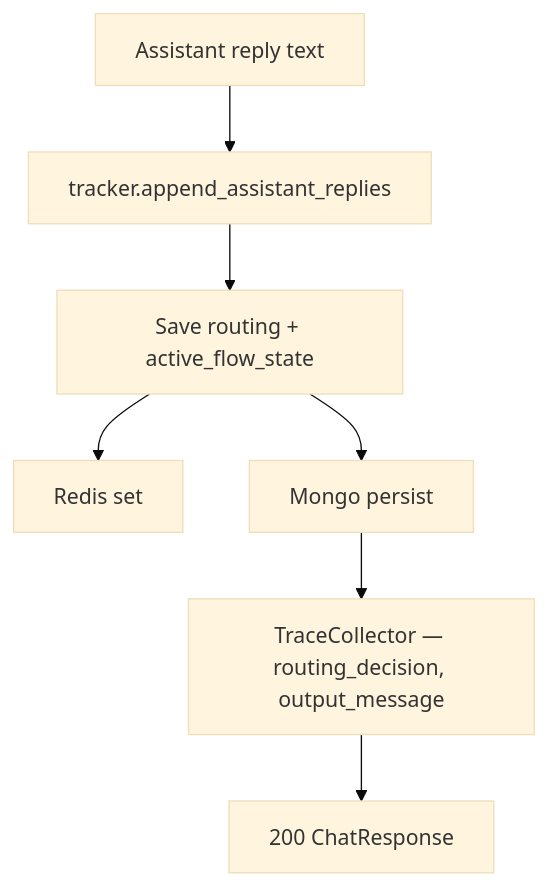
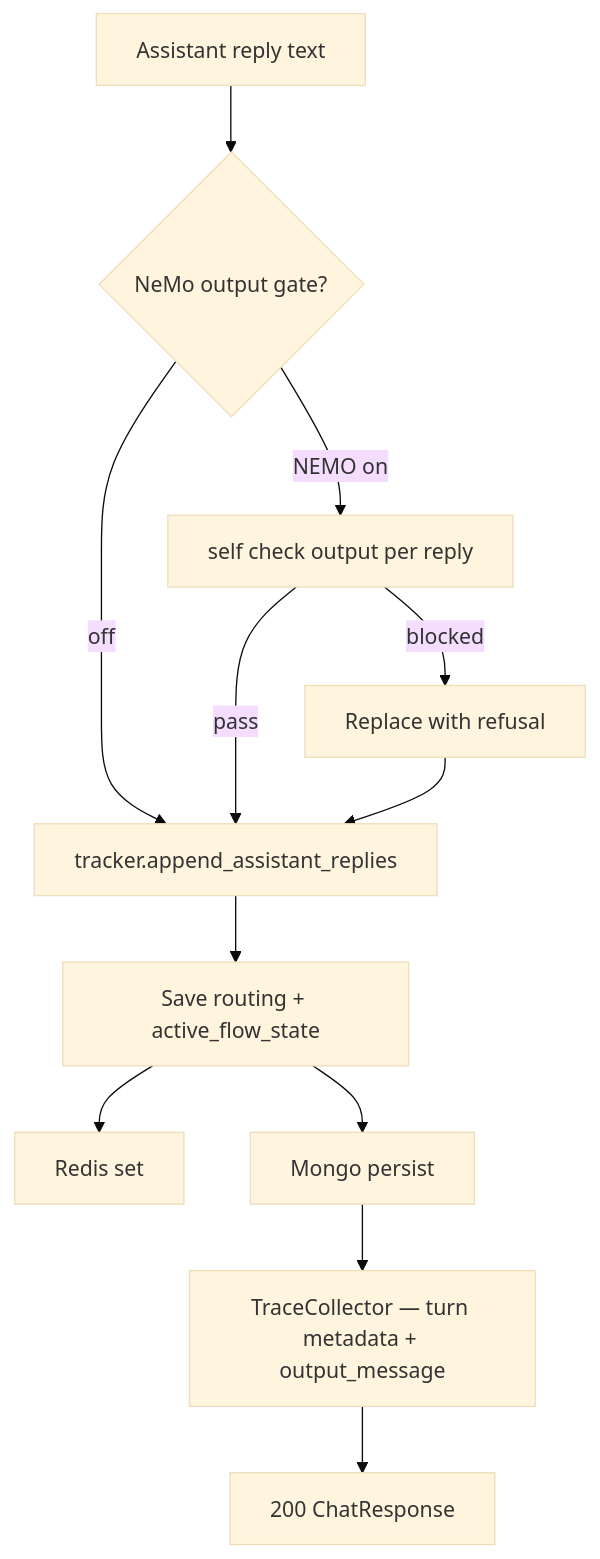
Before and after one commit to shehan-jayasinghe/bot-builder: diagram 13 of 13 in backend/document/chat/01-chat-completion-diagrams.md, drawn with Mermaid (base theme). The commit also changed other lines of this file and 26 other files, not shown here.

First line of the commit message:
feat: implement NeMo Guardrails output gate and update PII detection

````diff
--- a/backend/document/chat/01-chat-completion-diagrams.md
+++ b/backend/document/chat/01-chat-completion-diagrams.md
@@ -417,10 +417,15 @@
 ```mermaid
 flowchart TB
     REPLIES[Assistant reply text]
-    REPLIES --> TRK[tracker.append_assistant_replies]
+    REPLIES --> OUTGATE{NeMo output gate?}
+    OUTGATE -->|NEMO on| CHECK[self check output per reply]
+    OUTGATE -->|off| TRK[tracker.append_assistant_replies]
+    CHECK -->|blocked| REFUSE[Replace with refusal]
+    CHECK -->|pass| TRK
+    REFUSE --> TRK
     TRK --> STATE[Save routing + active_flow_state]
     STATE --> REDIS[Redis set]
     STATE --> MONGO[Mongo persist]
-    MONGO --> TRACE[TraceCollector — routing_decision, output_message]
+    MONGO --> TRACE[TraceCollector — turn metadata + output_message]
     TRACE --> RES[200 ChatResponse]
 ```
````
